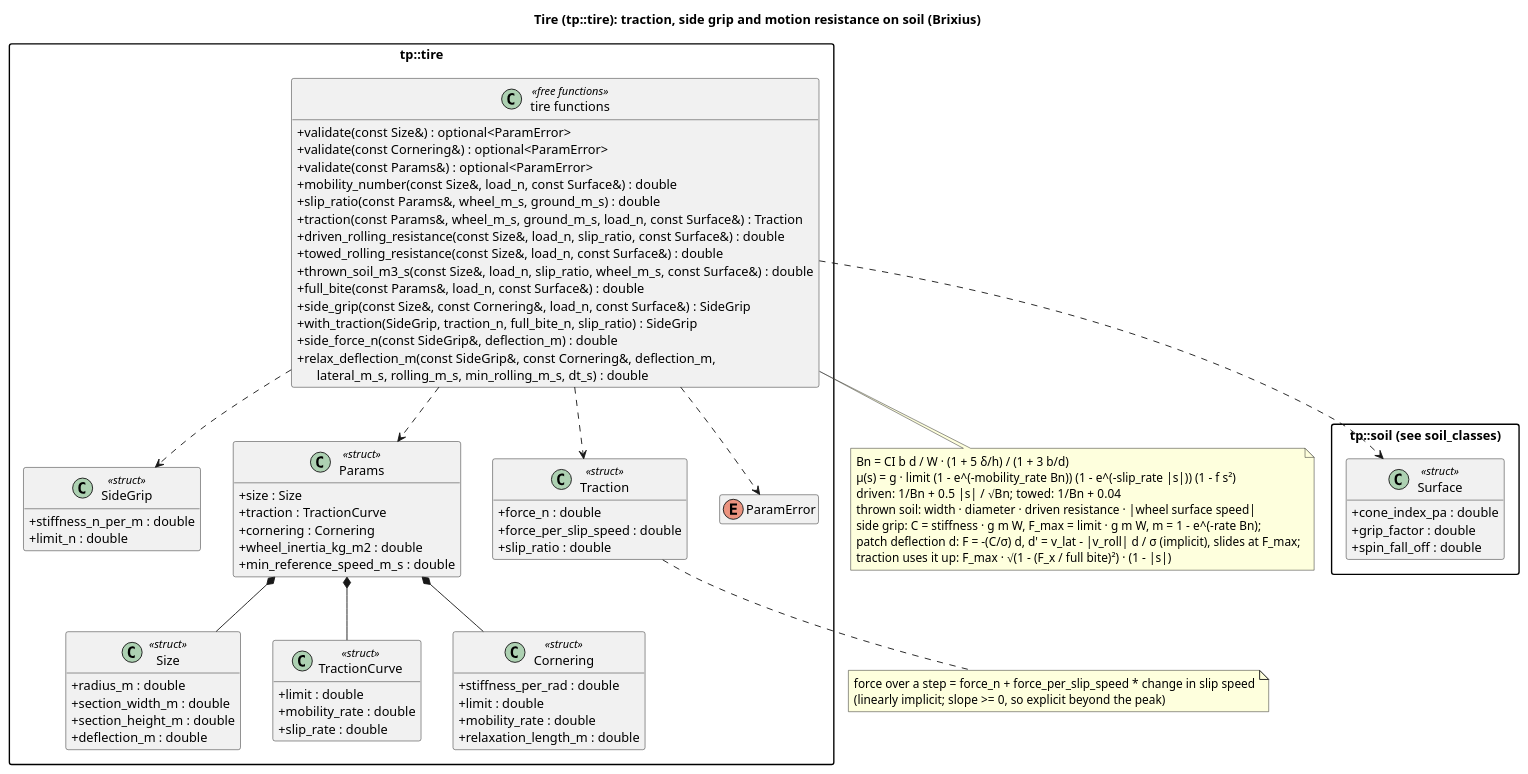
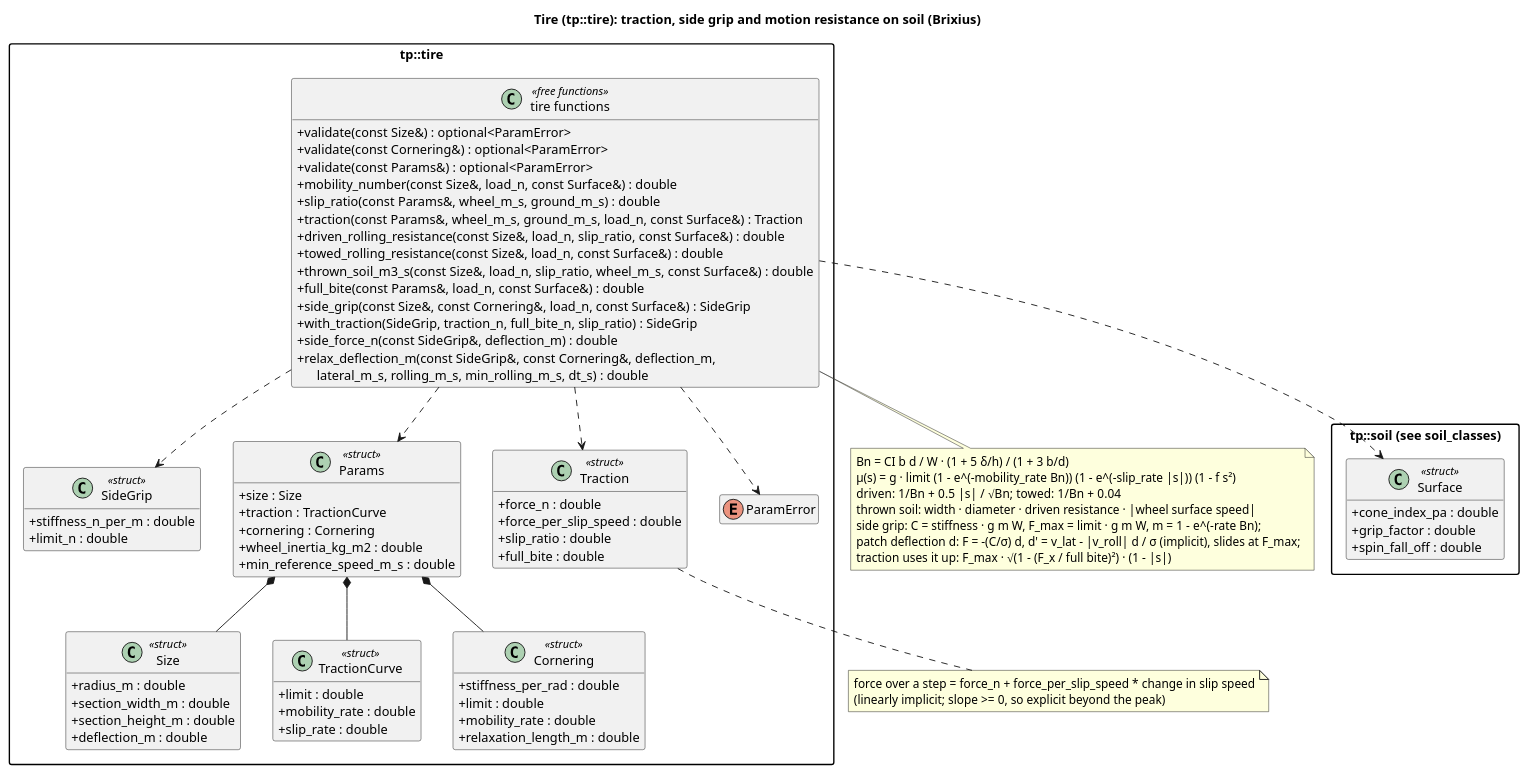
Before and after one commit to wversteeg/TractorPulling: the diagram in docs/diagrams/tire_classes.puml, drawn with PlantUML. The commit also changed 1 other file, not shown here.

Commit message:
Show the traction's full bite in the tire diagram
Claude-Session: https://claude.ai/code/session_01VtTwJLMc2buQqRkJdXXbSf

```diff
--- a/docs/diagrams/tire_classes.puml
+++ b/docs/diagrams/tire_classes.puml
@@ -1,88 +1,89 @@
 @startuml tire_classes
 title Tire (tp::tire): traction, side grip and motion resistance on soil (Brixius)
 hide empty members
 skinparam packageStyle rectangle
 skinparam classAttributeIconSize 0
 
 package "tp::soil (see soil_classes)" {
   class Surface <<struct>> {
     +cone_index_pa : double
     +grip_factor : double
     +spin_fall_off : double
   }
 }
 
 package "tp::tire" {
   class Size <<struct>> {
     +radius_m : double
     +section_width_m : double
     +section_height_m : double
     +deflection_m : double
   }
   class TractionCurve <<struct>> {
     +limit : double
     +mobility_rate : double
     +slip_rate : double
   }
   class Cornering <<struct>> {
     +stiffness_per_rad : double
     +limit : double
     +mobility_rate : double
     +relaxation_length_m : double
   }
   class SideGrip <<struct>> {
     +stiffness_n_per_m : double
     +limit_n : double
   }
   class Params <<struct>> {
     +size : Size
     +traction : TractionCurve
     +cornering : Cornering
     +wheel_inertia_kg_m2 : double
     +min_reference_speed_m_s : double
   }
   class Traction <<struct>> {
     +force_n : double
     +force_per_slip_speed : double
     +slip_ratio : double
+    +full_bite : double
   }
   enum ParamError
   class "tire functions" as TireFns <<free functions>> {
     +validate(const Size&) : optional<ParamError>
     +validate(const Cornering&) : optional<ParamError>
     +validate(const Params&) : optional<ParamError>
     +mobility_number(const Size&, load_n, const Surface&) : double
     +slip_ratio(const Params&, wheel_m_s, ground_m_s) : double
     +traction(const Params&, wheel_m_s, ground_m_s, load_n, const Surface&) : Traction
     +driven_rolling_resistance(const Size&, load_n, slip_ratio, const Surface&) : double
     +towed_rolling_resistance(const Size&, load_n, const Surface&) : double
     +thrown_soil_m3_s(const Size&, load_n, slip_ratio, wheel_m_s, const Surface&) : double
     +full_bite(const Params&, load_n, const Surface&) : double
     +side_grip(const Size&, const Cornering&, load_n, const Surface&) : SideGrip
     +with_traction(SideGrip, traction_n, full_bite_n, slip_ratio) : SideGrip
     +side_force_n(const SideGrip&, deflection_m) : double
     +relax_deflection_m(const SideGrip&, const Cornering&, deflection_m,\n      lateral_m_s, rolling_m_s, min_rolling_m_s, dt_s) : double
   }
   Params *-- Size
   Params *-- TractionCurve
   Params *-- Cornering
   TireFns ..> SideGrip
   TireFns ..> Params
   TireFns ..> Traction
   TireFns ..> ParamError
   TireFns ..> Surface
 }
 note bottom of TireFns
   Bn = CI b d / W · (1 + 5 δ/h) / (1 + 3 b/d)
   μ(s) = g · limit (1 - e^(-mobility_rate Bn)) (1 - e^(-slip_rate |s|)) (1 - f s²)
   driven: 1/Bn + 0.5 |s| / √Bn;  towed: 1/Bn + 0.04
   thrown soil: width · diameter · driven resistance · |wheel surface speed|
   side grip: C = stiffness · g m W, F_max = limit · g m W, m = 1 - e^(-rate Bn);
   patch deflection d: F = -(C/σ) d, d' = v_lat - |v_roll| d / σ (implicit), slides at F_max;
   traction uses it up: F_max · √(1 - (F_x / full bite)²) · (1 - |s|)
 end note
 note bottom of Traction
   force over a step = force_n + force_per_slip_speed * change in slip speed
   (linearly implicit; slope >= 0, so explicit beyond the peak)
 end note
 @enduml
```
